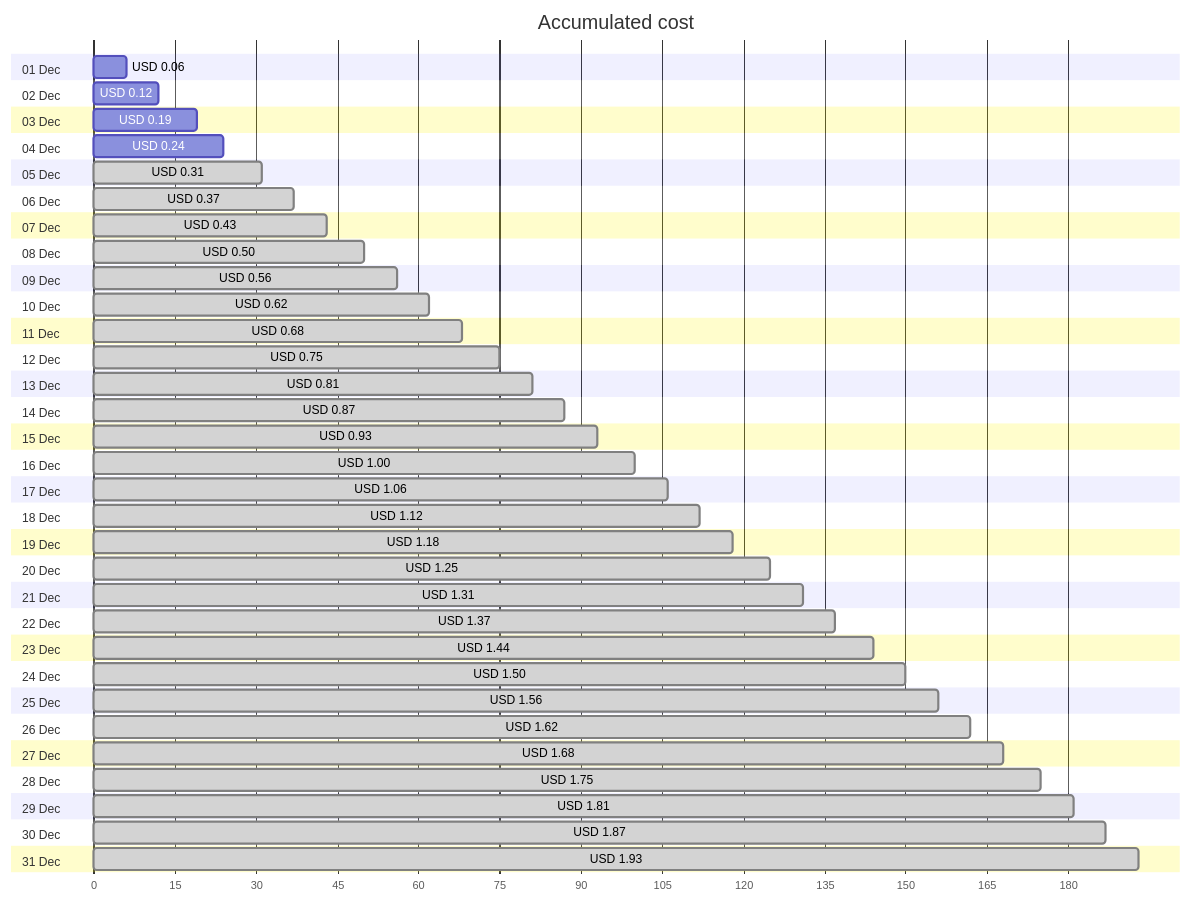
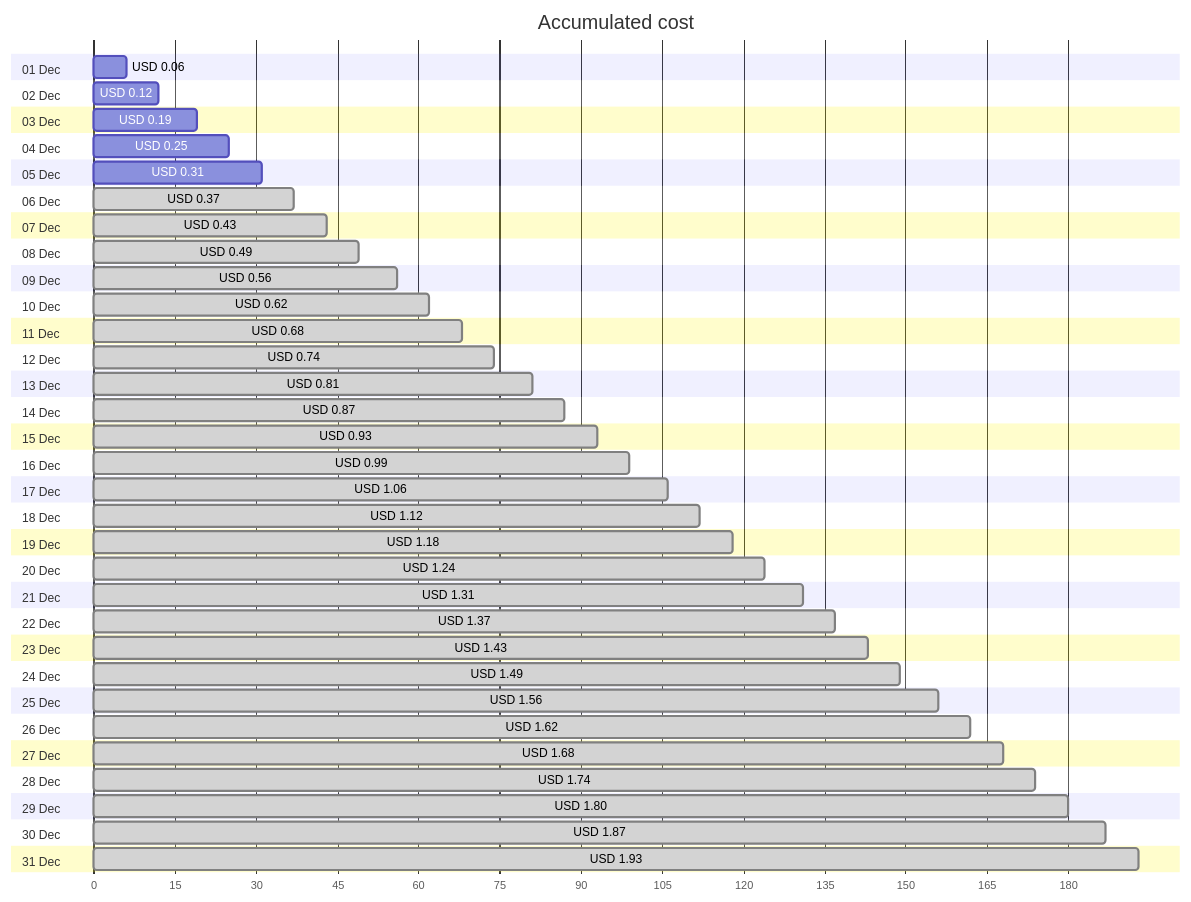
The first of 4 diagrams in cost-reports/personal-network/backup-server_OsDisk.md (jpfulton/azure-personal-reports), drawn with Mermaid before and after one commit. The commit also changed other lines of this file and 8 other files, not shown here.

````diff
--- a/cost-reports/personal-network/backup-server_OsDisk.md
+++ b/cost-reports/personal-network/backup-server_OsDisk.md
@@ -20,68 +20,68 @@
 ```mermaid
 gantt
    title Accumulated cost
    dateFormat  X
    axisFormat %s
    section 01 Dec
    USD 0.06 :0, 6
    section 02 Dec
    USD 0.12 :0, 12
    section 03 Dec
    USD 0.19 :0, 19
    section 04 Dec
-   USD 0.24 :0, 24
+   USD 0.25 :0, 25
    section 05 Dec
-   USD 0.31 : done, 0, 31
+   USD 0.31 :0, 31
    section 06 Dec
    USD 0.37 : done, 0, 37
    section 07 Dec
    USD 0.43 : done, 0, 43
    section 08 Dec
-   USD 0.50 : done, 0, 50
+   USD 0.49 : done, 0, 49
    section 09 Dec
    USD 0.56 : done, 0, 56
    section 10 Dec
    USD 0.62 : done, 0, 62
    section 11 Dec
    USD 0.68 : done, 0, 68
    section 12 Dec
-   USD 0.75 : done, 0, 75
+   USD 0.74 : done, 0, 74
    section 13 Dec
    USD 0.81 : done, 0, 81
    section 14 Dec
    USD 0.87 : done, 0, 87
    section 15 Dec
    USD 0.93 : done, 0, 93
    section 16 Dec
-   USD 1.00 : done, 0, 100
+   USD 0.99 : done, 0, 99
    section 17 Dec
    USD 1.06 : done, 0, 106
    section 18 Dec
    USD 1.12 : done, 0, 112
    section 19 Dec
    USD 1.18 : done, 0, 118
    section 20 Dec
-   USD 1.25 : done, 0, 125
+   USD 1.24 : done, 0, 124
    section 21 Dec
    USD 1.31 : done, 0, 131
    section 22 Dec
    USD 1.37 : done, 0, 137
    section 23 Dec
-   USD 1.44 : done, 0, 144
+   USD 1.43 : done, 0, 143
    section 24 Dec
-   USD 1.50 : done, 0, 150
+   USD 1.49 : done, 0, 149
    section 25 Dec
    USD 1.56 : done, 0, 156
    section 26 Dec
    USD 1.62 : done, 0, 162
    section 27 Dec
    USD 1.68 : done, 0, 168
    section 28 Dec
-   USD 1.75 : done, 0, 175
+   USD 1.74 : done, 0, 174
    section 29 Dec
-   USD 1.81 : done, 0, 181
+   USD 1.80 : done, 0, 180
    section 30 Dec
    USD 1.87 : done, 0, 187
    section 31 Dec
    USD 1.93 : done, 0, 193
 ```
````
